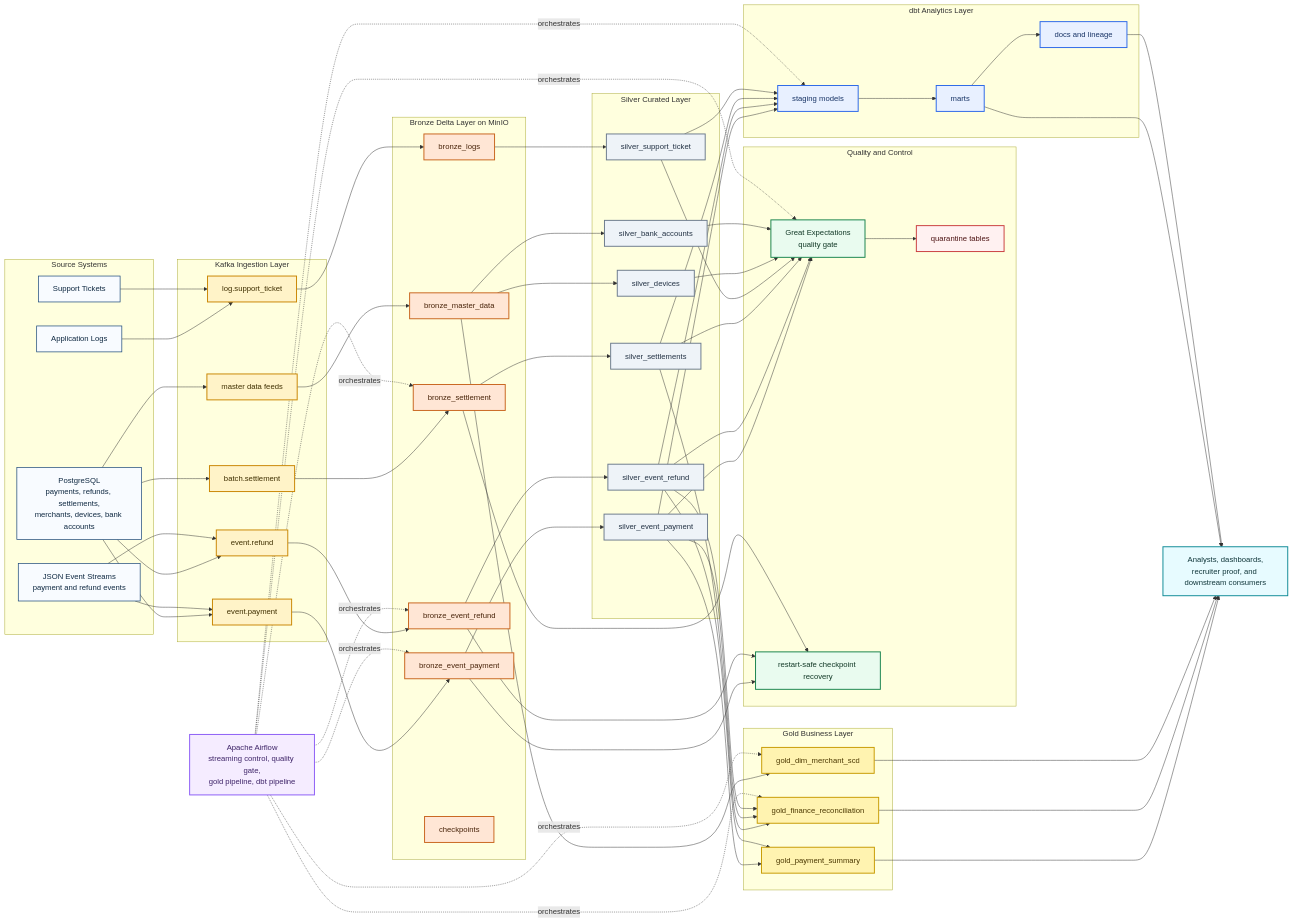
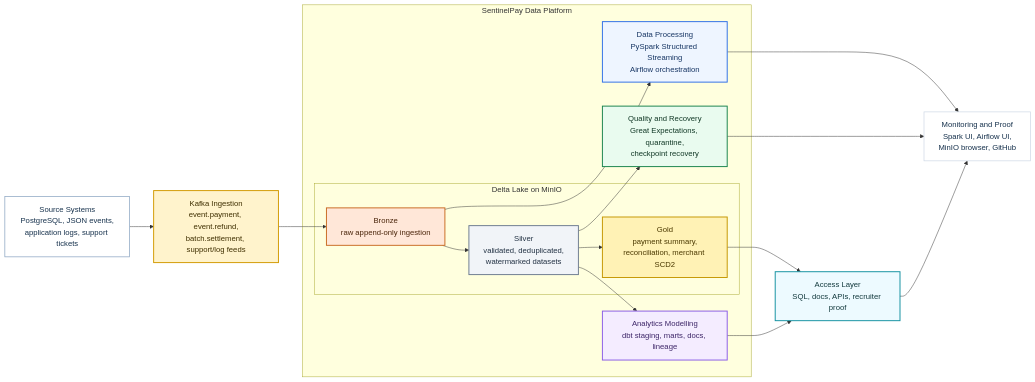
The diagram in diagrams/sentinelpay-architecture.mmd (nikita2001mandpalkar-bit/sentinelpay-streaming-lakehouse), drawn with Mermaid before and after one commit. The commit also changed 1 other file, not shown here.

Commit message:
Redesign architecture diagram in clean platform style

```diff
--- a/diagrams/sentinelpay-architecture.mmd
+++ b/diagrams/sentinelpay-architecture.mmd
@@ -1,138 +1,53 @@
 flowchart LR
-    subgraph S["Source Systems"]
-        PG[PostgreSQL<br/>payments, refunds, settlements,<br/>merchants, devices, bank accounts]
-        EV[JSON Event Streams<br/>payment and refund events]
-        LG[Application Logs]
-        ST[Support Tickets]
+    SRC[Source Systems<br/>PostgreSQL, JSON events,<br/>application logs, support tickets]
+    KAFKA[Kafka Ingestion<br/>event.payment, event.refund,<br/>batch.settlement, support/log feeds]
+
+    subgraph PLATFORM["SentinelPay Data Platform"]
+        subgraph LAKE["Delta Lake on MinIO"]
+            BRONZE[Bronze<br/>raw append-only ingestion]
+            SILVER[Silver<br/>validated, deduplicated,<br/>watermarked datasets]
+            GOLD[Gold<br/>payment summary,<br/>reconciliation, merchant SCD2]
+        end
+
+        PROC[Data Processing<br/>PySpark Structured Streaming<br/>Airflow orchestration]
+        QUALITY[Quality and Recovery<br/>Great Expectations, quarantine,<br/>checkpoint recovery]
+        ANALYTICS[Analytics Modelling<br/>dbt staging, marts, docs, lineage]
     end
 
-    subgraph K["Kafka Ingestion Layer"]
-        KP[event.payment]
-        KR[event.refund]
-        KS[batch.settlement]
-        KL[log.support_ticket]
-        KM[master data feeds]
-    end
+    ACCESS[Access Layer<br/>SQL, docs, APIs, recruiter proof]
+    PROOF[Monitoring and Proof<br/>Spark UI, Airflow UI,<br/>MinIO browser, GitHub]
 
-    subgraph B["Bronze Delta Layer on MinIO"]
-        BP[bronze_event_payment]
-        BR[bronze_event_refund]
-        BS[bronze_settlement]
-        BL[bronze_logs]
-        BM[bronze_master_data]
-        BC[checkpoints]
-    end
+    SRC --> KAFKA
+    KAFKA --> BRONZE
+    BRONZE --> SILVER
+    SILVER --> GOLD
+    BRONZE --> PROC
+    SILVER --> QUALITY
+    SILVER --> ANALYTICS
+    GOLD --> ACCESS
+    ANALYTICS --> ACCESS
+    PROC --> PROOF
+    QUALITY --> PROOF
+    ACCESS --> PROOF
 
-    subgraph V["Silver Curated Layer"]
-        SP[silver_event_payment]
-        SR[silver_event_refund]
-        SS[silver_settlements]
-        STK[silver_support_ticket]
-        SD[silver_devices]
-        SBA[silver_bank_accounts]
-    end
+    classDef source fill:#ffffff,stroke:#8aa4c1,stroke-width:1.5px,color:#17324d;
+    classDef ingest fill:#fff3cc,stroke:#d29a00,stroke-width:2px,color:#3f2f00;
+    classDef bronze fill:#ffe7d8,stroke:#c96b22,stroke-width:2px,color:#4a250a;
+    classDef silver fill:#f1f4f8,stroke:#6c7b8f,stroke-width:2px,color:#233244;
+    classDef gold fill:#fff2b5,stroke:#c59600,stroke-width:2px,color:#4b3900;
+    classDef process fill:#eef5ff,stroke:#2f6fe6,stroke-width:2px,color:#173664;
+    classDef quality fill:#e9fbef,stroke:#18834d,stroke-width:2px,color:#123927;
+    classDef analytics fill:#f4ecff,stroke:#8a5ce6,stroke-width:2px,color:#3d2668;
+    classDef access fill:#edfaff,stroke:#1290a0,stroke-width:2px,color:#12393d;
+    classDef proof fill:#ffffff,stroke:#cfd9e6,stroke-width:1.5px,color:#17324d;
 
-    subgraph Q["Quality and Control"]
-        GX[Great Expectations<br/>quality gate]
-        QQ[quarantine tables]
-        FT[restart-safe checkpoint recovery]
-    end
-
-    subgraph G["Gold Business Layer"]
-        GPS[gold_payment_summary]
-        GRC[gold_finance_reconciliation]
-        GSCD[gold_dim_merchant_scd]
-    end
-
-    subgraph D["dbt Analytics Layer"]
-        DSG[staging models]
-        DMT[marts]
-        DDOC[docs and lineage]
-    end
-
-    AIR[Apache Airflow<br/>streaming control, quality gate,<br/>gold pipeline, dbt pipeline]
-    OUT[Analysts, dashboards,<br/>recruiter proof, and downstream consumers]
-
-    PG --> KP
-    PG --> KR
-    PG --> KS
-    PG --> KM
-    EV --> KP
-    EV --> KR
-    LG --> KL
-    ST --> KL
-
-    KP --> BP
-    KR --> BR
-    KS --> BS
-    KL --> BL
-    KM --> BM
-
-    BP --> SP
-    BR --> SR
-    BS --> SS
-    BL --> STK
-    BM --> SD
-    BM --> SBA
-
-    BP --> FT
-    BR --> FT
-    BS --> FT
-
-    SP --> GX
-    SR --> GX
-    SS --> GX
-    STK --> GX
-    SD --> GX
-    SBA --> GX
-    GX --> QQ
-
-    SP --> GPS
-    SR --> GPS
-    SS --> GRC
-    SP --> GRC
-    SR --> GRC
-    BM --> GSCD
-
-    SP --> DSG
-    SR --> DSG
-    SS --> DSG
-    STK --> DSG
-    DSG --> DMT
-    DMT --> DDOC
-
-    GPS --> OUT
-    GRC --> OUT
-    GSCD --> OUT
-    DMT --> OUT
-    DDOC --> OUT
-
-    AIR -. orchestrates .-> BP
-    AIR -. orchestrates .-> BR
-    AIR -. orchestrates .-> BS
-    AIR -. orchestrates .-> GX
-    AIR -. orchestrates .-> GRC
-    AIR -. orchestrates .-> GSCD
-    AIR -. orchestrates .-> DSG
-
-    classDef source fill:#f8fbff,stroke:#1f4b7a,stroke-width:1.5px,color:#0f2942;
-    classDef kafka fill:#fff3c8,stroke:#c98500,stroke-width:2px,color:#3f2f00;
-    classDef bronze fill:#ffe6d5,stroke:#c8641d,stroke-width:2px,color:#49240a;
-    classDef silver fill:#eef3f8,stroke:#6b7a8c,stroke-width:2px,color:#233244;
-    classDef quality fill:#e9fbef,stroke:#16824b,stroke-width:2px,color:#123927;
-    classDef quarantine fill:#fff1f1,stroke:#c93d3d,stroke-width:2px,color:#4e1515;
-    classDef gold fill:#fff3b0,stroke:#c79a00,stroke-width:2px,color:#4b3800;
-    classDef dbt fill:#e8f0ff,stroke:#2a67e8,stroke-width:2px,color:#183466;
-    classDef orchestration fill:#f5ecff,stroke:#8b5cf6,stroke-width:2px,color:#3e2468;
-    classDef output fill:#e7fbff,stroke:#0e8a96,stroke-width:2px,color:#11373b;
-
-    class PG,EV,LG,ST source;
-    class KP,KR,KS,KL,KM kafka;
-    class BP,BR,BS,BL,BM,BC bronze;
-    class SP,SR,SS,STK,SD,SBA silver;
-    class GX,FT quality;
-    class QQ quarantine;
-    class GPS,GRC,GSCD gold;
-    class DSG,DMT,DDOC dbt;
-    class AIR orchestration;
-    class OUT output;
+    class SRC source;
+    class KAFKA ingest;
+    class BRONZE bronze;
+    class SILVER silver;
+    class GOLD gold;
+    class PROC process;
+    class QUALITY quality;
+    class ANALYTICS analytics;
+    class ACCESS access;
+    class PROOF proof;
```
